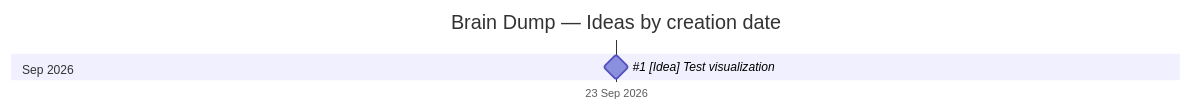
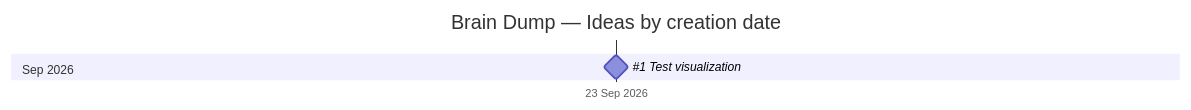
Before and after one commit to afnannuzulasugihartono/brain-dump: the diagram in README.md, drawn with Mermaid. The commit also changed other lines of this file, not shown here.

````diff
--- a/README.md
+++ b/README.md
@@ -39,8 +39,8 @@
 ```mermaid
 gantt
     title Brain Dump — Ideas by creation date
     dateFormat YYYY-MM-DD
     axisFormat %d %b %Y
     section Sep 2026
-    #1 [Idea] Test visualization :milestone, idea1, 2026-09-23, 0d
+    #1 Test visualization :milestone, idea1, 2026-09-23, 0d
 ```
````
